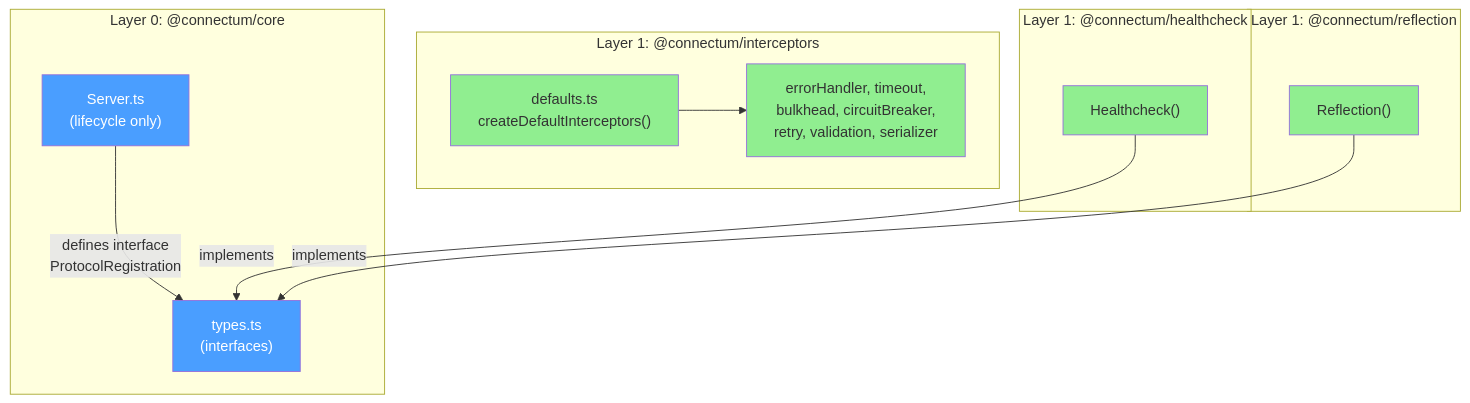
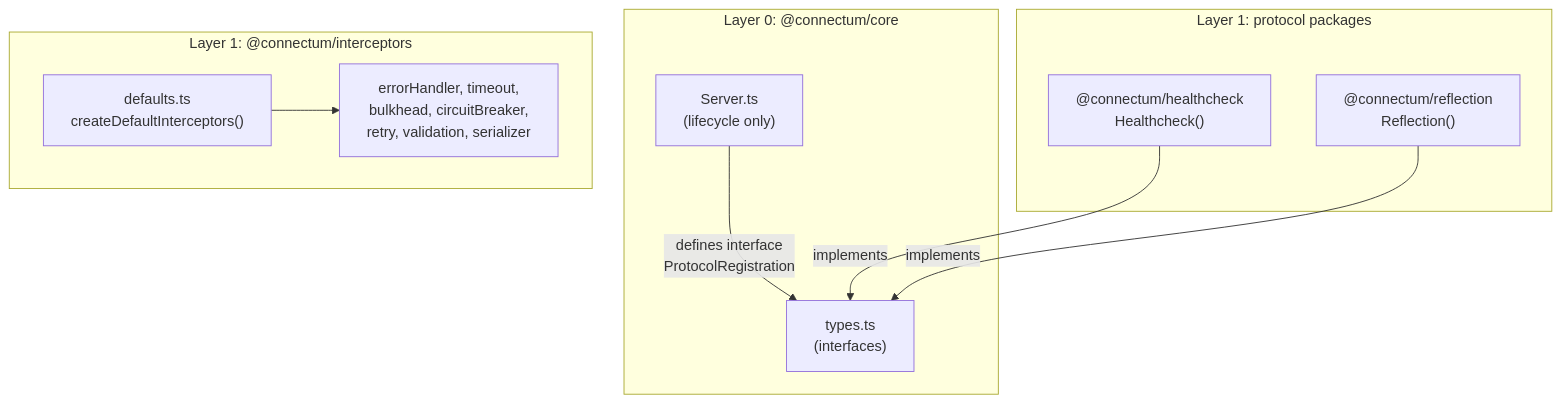
Before and after one commit to Connectum-Framework/docs: the diagram in en/contributing/adr/023-uniform-registration-api.md, drawn with Mermaid. The commit also changed 10 other files, not shown here.

First line of the commit message:
feat: unify Mermaid diagram theme (#80)

````diff
--- a/en/contributing/adr/023-uniform-registration-api.md
+++ b/en/contributing/adr/023-uniform-registration-api.md
@@ -140,32 +140,24 @@
 ```mermaid
 graph TB
     subgraph "Layer 0: @connectum/core"
         Server["Server.ts<br/>(lifecycle only)"]
         Types["types.ts<br/>(interfaces)"]
     end
 
+    subgraph "Layer 1: protocol packages"
+        HC["@connectum/healthcheck<br/>Healthcheck()"]
+        Ref["@connectum/reflection<br/>Reflection()"]
+    end
+
     subgraph "Layer 1: @connectum/interceptors"
         Defaults["defaults.ts<br/>createDefaultInterceptors()"]
         Factories["errorHandler, timeout,<br/>bulkhead, circuitBreaker,<br/>retry, validation, serializer"]
     end
 
-    subgraph "Layer 1: @connectum/healthcheck"
-        HC["Healthcheck()"]
-    end
-
-    subgraph "Layer 1: @connectum/reflection"
-        Ref["Reflection()"]
-    end
-
-    Defaults --> Factories
     Server -->|"defines interface<br/>ProtocolRegistration"| Types
     HC -->|"implements"| Types
     Ref -->|"implements"| Types
+    Defaults --> Factories
 
-    style Server fill:#4a9eff,color:#fff
-    style Defaults fill:#90ee90
-    style Factories fill:#90ee90
-    style HC fill:#90ee90
-    style Ref fill:#90ee90
-    style Types fill:#4a9eff,color:#fff
+    class Server,Types accent
 ```
````
